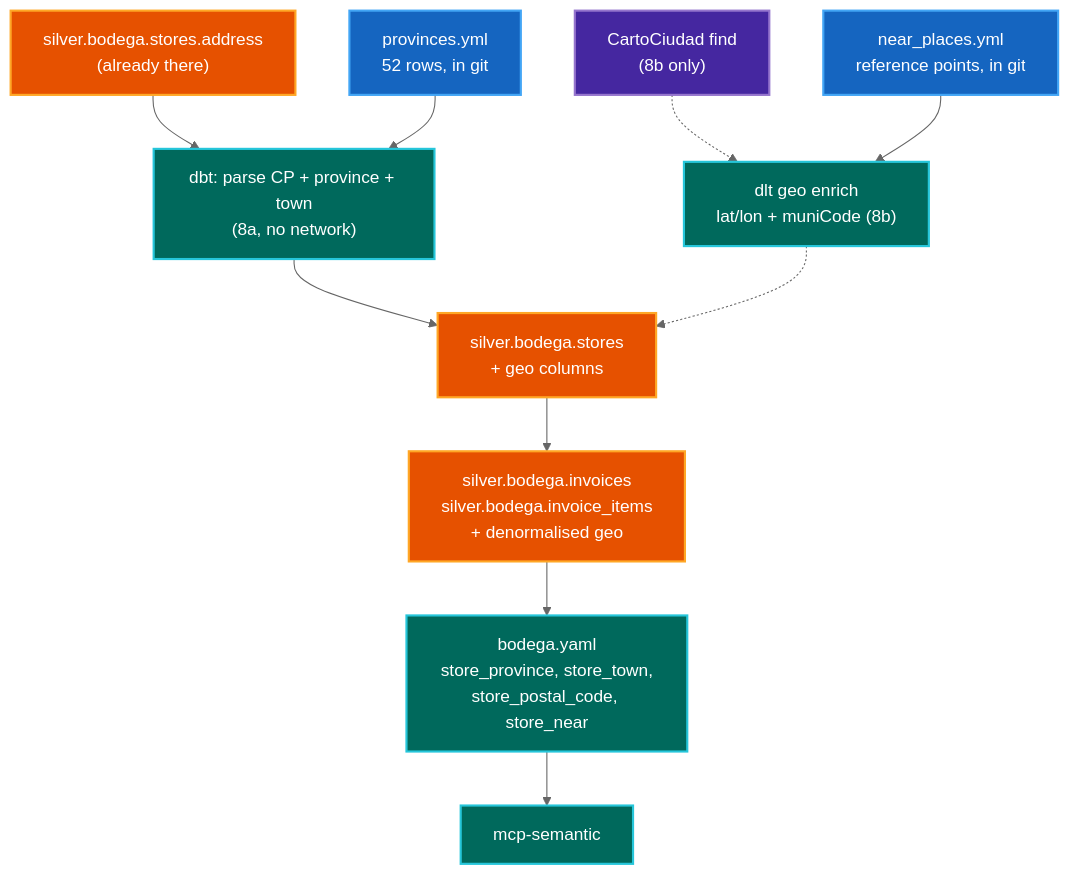
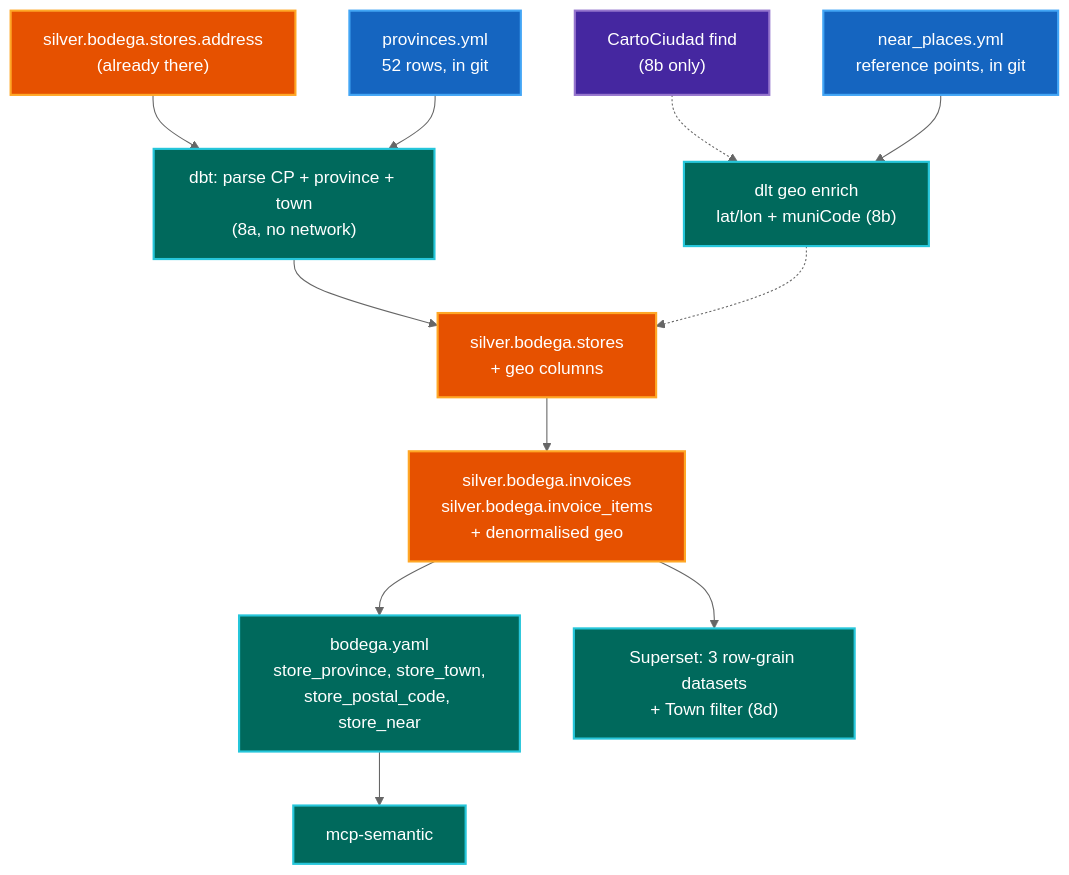
Before and after one commit to datahub-local/datahub-local-ai: the diagram in docs/specs/002-02-semantic-layer-location.md, drawn with Mermaid (neutral theme). The commit also changed other lines of this file and 9 other files, not shown here.

````diff
--- a/docs/specs/002-02-semantic-layer-location.md
+++ b/docs/specs/002-02-semantic-layer-location.md
@@ -228,26 +235,28 @@
 ```mermaid
 flowchart TB
     classDef src fill:#1565C0,color:#fff,stroke:#42A5F5,stroke-width:2px
     classDef sem fill:#00695C,color:#fff,stroke:#26C6DA,stroke-width:2px
     classDef store fill:#E65100,color:#fff,stroke:#FFA726,stroke-width:2px
     classDef ext fill:#4527A0,color:#fff,stroke:#9575CD,stroke-width:2px
 
     ADDR["silver.bodega.stores.address<br/>(already there)"]:::store
     PROV["provinces.yml<br/>52 rows, in git"]:::src
     CC["CartoCiudad find<br/>(8b only)"]:::ext
     NEAR["near_places.yml<br/>reference points, in git"]:::src
 
     PARSE["dbt: parse CP + province + town<br/>(8a, no network)"]:::sem
     GEO["dlt geo enrich<br/>lat/lon + muniCode (8b)"]:::sem
     STORES["silver.bodega.stores<br/>+ geo columns"]:::store
     INV["silver.bodega.invoices<br/>silver.bodega.invoice_items<br/>+ denormalised geo"]:::store
 
     REG["bodega.yaml<br/>store_province, store_town,<br/>store_postal_code, store_near"]:::sem
     MCP["mcp-semantic"]:::sem
+    SUP["Superset: 3 row-grain datasets<br/>+ Town filter (8d)"]:::sem
 
     ADDR --> PARSE --> STORES
     PROV --> PARSE
     CC -.-> GEO -.-> STORES
     NEAR --> GEO
     STORES --> INV --> REG --> MCP
+    INV --> SUP
 ```
````
